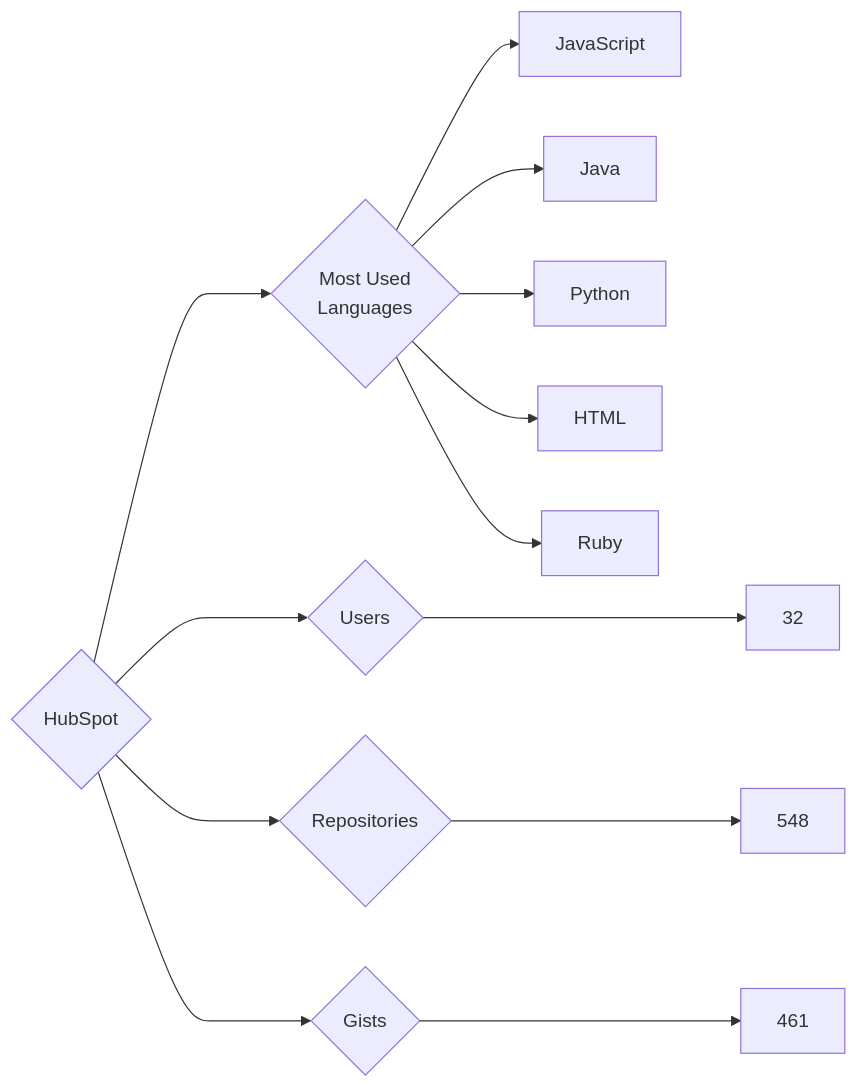
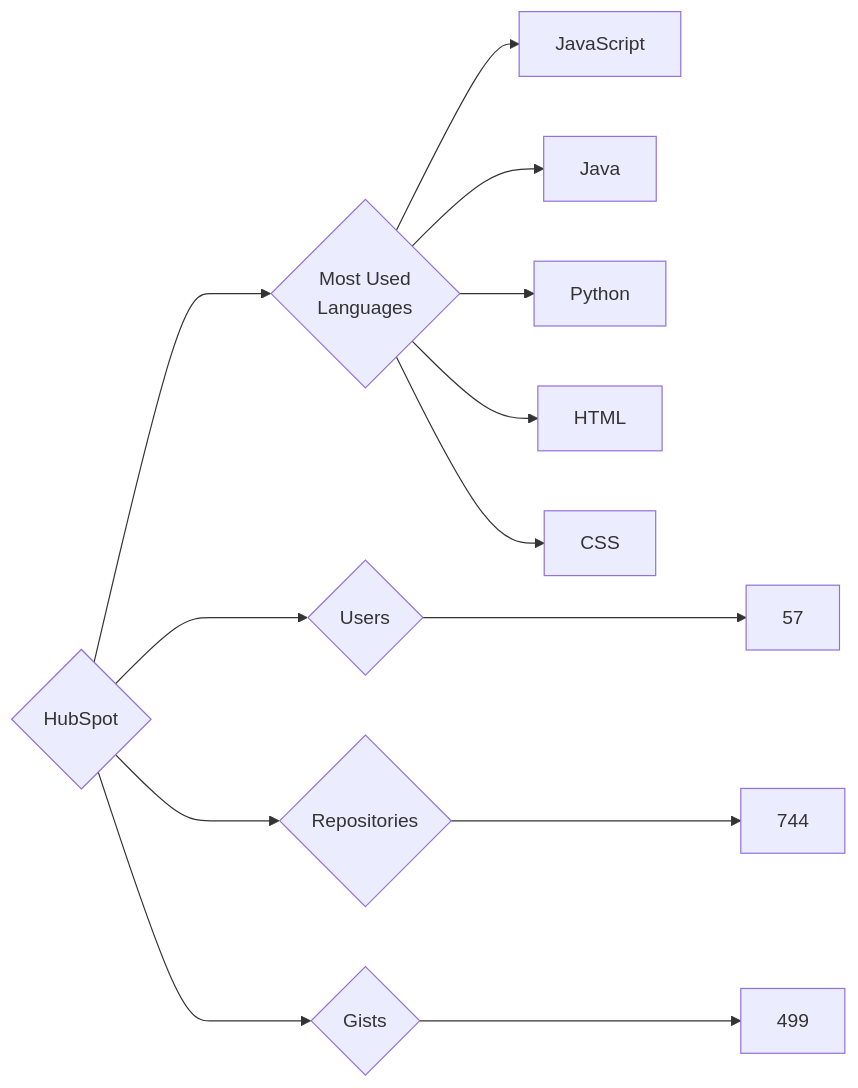
Before and after one commit to trickest/insiders: the diagram in targets/HubSpot/README.md, drawn with Mermaid. The commit also changed 1084 other files, not shown here.

````diff
--- a/targets/HubSpot/README.md
+++ b/targets/HubSpot/README.md
@@ -3,13 +3,13 @@
 ```mermaid
 graph LR
 COMPANY_NAME{HubSpot}
-COMPANY_NAME ---> U{Users} ---> UN[32]
-COMPANY_NAME ---> R{Repositories} ---> RN[548]
-COMPANY_NAME ---> G{Gists} ---> GN[461]
+COMPANY_NAME ---> U{Users} ---> UN[57]
+COMPANY_NAME ---> R{Repositories} ---> RN[744]
+COMPANY_NAME ---> G{Gists} ---> GN[499]
 COMPANY_NAME ---> ML{Most Used<br>Languages}
 ML --> JavaScript[JavaScript]
 ML --> Java[Java]
 ML --> Python[Python]
 ML --> HTML[HTML]
-ML --> Ruby[Ruby]
+ML --> CSS[CSS]
 ```
````
